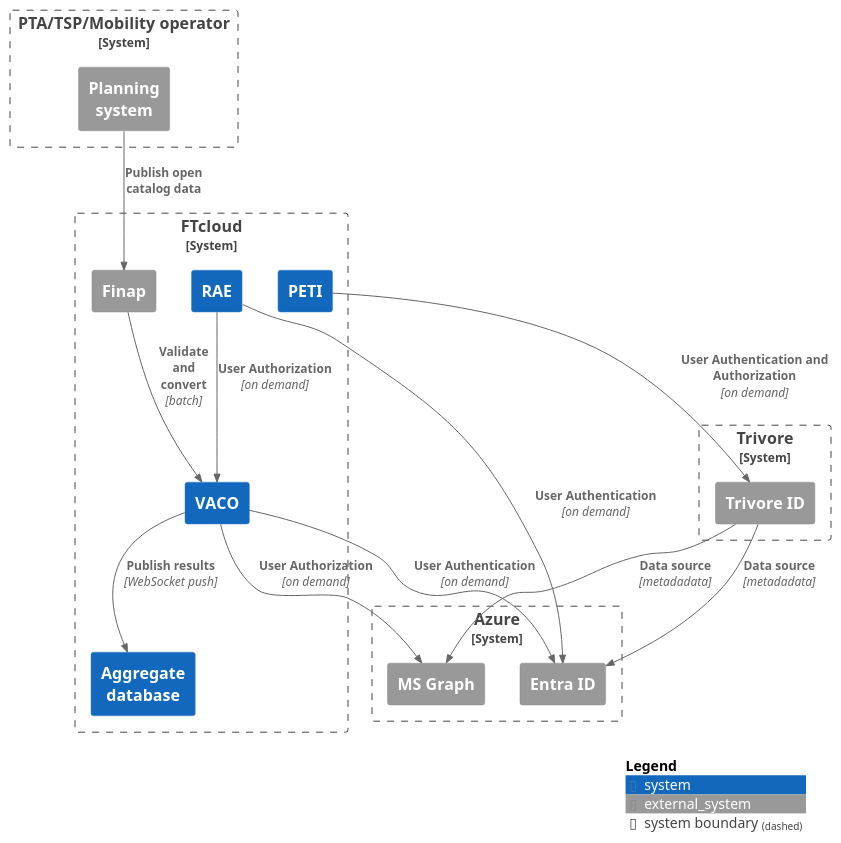
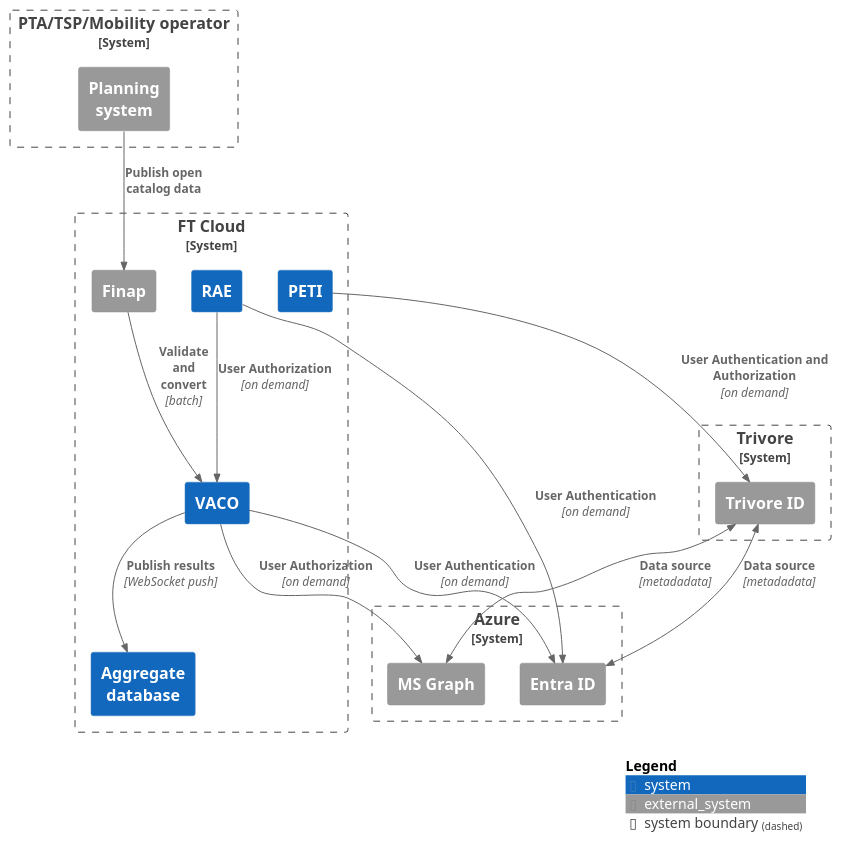
Before and after one commit to tmfg/digitraffic-tis-utilities: the diagram in architecture/tis/c4/l1_technical_context.puml, drawn with PlantUML. The commit also changed 1 other file, not shown here.

```diff
--- a/architecture/tis/c4/l1_technical_context.puml
+++ b/architecture/tis/c4/l1_technical_context.puml
@@ -1,41 +1,41 @@
 @startuml Technical context
 !include https://raw.githubusercontent.com/plantuml-stdlib/C4-PlantUML/master/C4_Context.puml
 
-System_Boundary(ftcloud,"FTcloud") {
+System_Boundary(ftcloud,"FT Cloud") {
     System(vaco,"VACO")
     System(ura,"RAE")
     System(peti,"PETI")
     System(aggdb,"Aggregate \ndatabase")
     System_Ext(finap,"Finap")
 }
 
 System_Boundary(azure,"Azure") {
     System_Ext(auth_entraid,"Entra ID")
     System_Ext(auth_msgraph,"MS Graph")
 }
 System_Boundary(trivore,"Trivore") {
     System_Ext(auth_trivoreid,"Trivore ID")
 }
 
 System_Boundary(pta_sys,"PTA/TSP/Mobility operator") {
     System_Ext(psystem,"Planning \nsystem")
 }
 
 Rel(vaco,auth_entraid,"User Authentication", "on demand")
 Rel(ura,auth_entraid,"User Authentication", "on demand")
 Rel(peti,auth_trivoreid,"User Authentication and Authorization", "on demand")
 
 Rel(ura,vaco,"User Authorization", "on demand")
 Rel(vaco,auth_msgraph,"User Authorization", "on demand")
 
-Rel(auth_trivoreid,auth_entraid,"Data source", "metadadata")
-Rel(auth_trivoreid,auth_msgraph,"Data source", "metadadata")
+BiRel(auth_trivoreid,auth_entraid,"Data source", "metadadata")
+BiRel(auth_trivoreid,auth_msgraph,"Data source", "metadadata")
 
 Rel(finap,vaco,"Validate \nand \nconvert", "batch")
 
 Rel(vaco,aggdb,"Publish results", "WebSocket push")
 
 Rel(psystem,finap,"Publish open\ncatalog data")
 
 SHOW_LEGEND()
 @enduml
```
